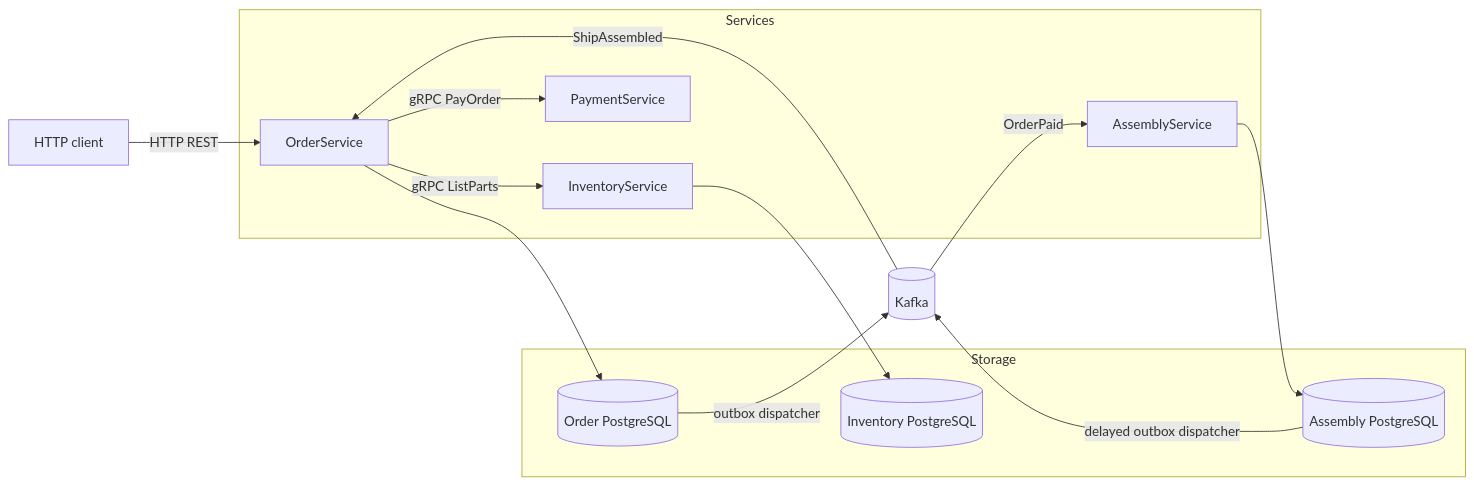
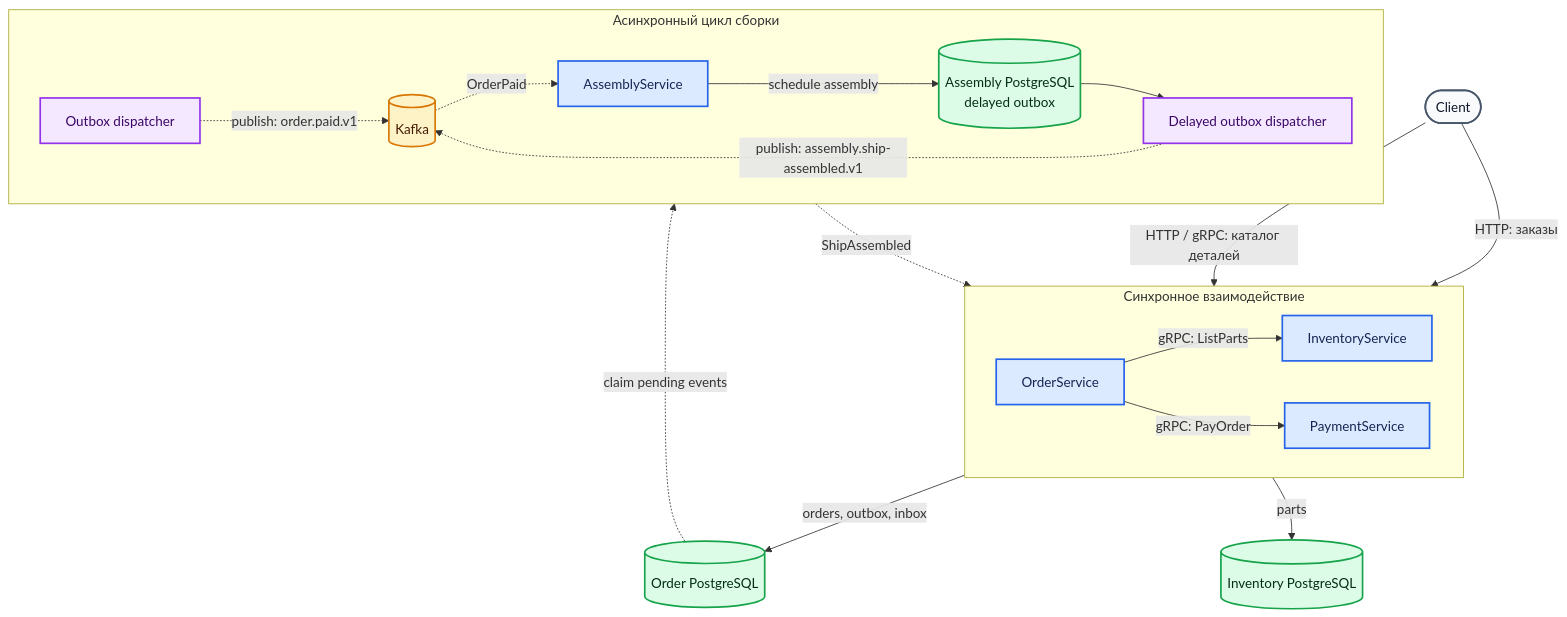
One commit to horizoonn/factory-platform changed the diagram in README.md. Above: the diagram before and after it, drawn with Mermaid. The commit also changed other lines of this file, not shown here.

Commit message:
docs: document architecture

````diff
--- a/README.md
+++ b/README.md
@@ -26,31 +26,50 @@
 ```mermaid
-flowchart LR
-    Client[HTTP client]
+flowchart TB
+    Client([Client])
 
-    subgraph Services
+    subgraph Sync["Синхронное взаимодействие"]
+        direction LR
         Order[OrderService]
         Inventory[InventoryService]
         Payment[PaymentService]
-        Assembly[AssemblyService]
+
+        Order -->|gRPC: ListParts| Inventory
+        Order -->|gRPC: PayOrder| Payment
     end
 
-    subgraph Storage
-        OrderDB[(Order PostgreSQL)]
-        InventoryDB[(Inventory PostgreSQL)]
-        AssemblyDB[(Assembly PostgreSQL)]
+    Client -->|HTTP: заказы| Order
+    Client -->|HTTP / gRPC: каталог деталей| Inventory
+
+    Order -->|orders, outbox, inbox| OrderDB[(Order PostgreSQL)]
+    Inventory -->|parts| InventoryDB[(Inventory PostgreSQL)]
+
+    subgraph Async["Асинхронный цикл сборки"]
+        direction LR
+        OrderDispatcher[Outbox dispatcher]
+        Kafka[(Kafka)]
+        Assembly[AssemblyService]
+        AssemblyDB[(Assembly PostgreSQL<br/>delayed outbox)]
+        AssemblyDispatcher[Delayed outbox dispatcher]
+
+        OrderDispatcher -.->|publish: order.paid.v1| Kafka
+        Kafka -.->|OrderPaid| Assembly
+        Assembly -->|schedule assembly| AssemblyDB
+        AssemblyDB --> AssemblyDispatcher
+        AssemblyDispatcher -.->|publish: assembly.ship-assembled.v1| Kafka
+        Kafka -.->|ShipAssembled| Order
     end
 
-    Kafka[(Kafka)]
+    OrderDB -.->|claim pending events| OrderDispatcher
 
-    Client -->|HTTP REST| Order
-    Order -->|gRPC ListParts| Inventory
-    Order -->|gRPC PayOrder| Payment
-    Inventory --> InventoryDB
-    Order --> OrderDB
-    Assembly --> AssemblyDB
+    classDef external fill:#f8fafc,stroke:#475569,stroke-width:2px,color:#0f172a;
+    classDef service fill:#dbeafe,stroke:#2563eb,stroke-width:2px,color:#172554;
+    classDef storage fill:#dcfce7,stroke:#16a34a,stroke-width:2px,color:#052e16;
+    classDef broker fill:#fef3c7,stroke:#d97706,stroke-width:2px,color:#451a03;
+    classDef worker fill:#f3e8ff,stroke:#9333ea,stroke-width:2px,color:#3b0764;
 
-    OrderDB -->|outbox dispatcher| Kafka
-    Kafka -->|OrderPaid| Assembly
-    AssemblyDB -->|delayed outbox dispatcher| Kafka
-    Kafka -->|ShipAssembled| Order
+    class Client external;
+    class Order,Inventory,Payment,Assembly service;
+    class OrderDB,InventoryDB,AssemblyDB storage;
+    class Kafka broker;
+    class OrderDispatcher,AssemblyDispatcher worker;
 ```
````
